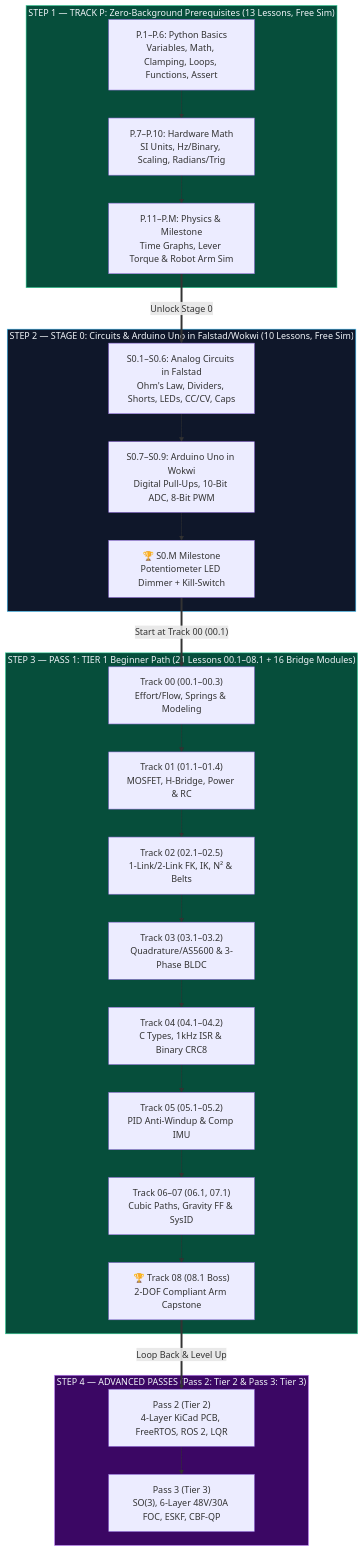
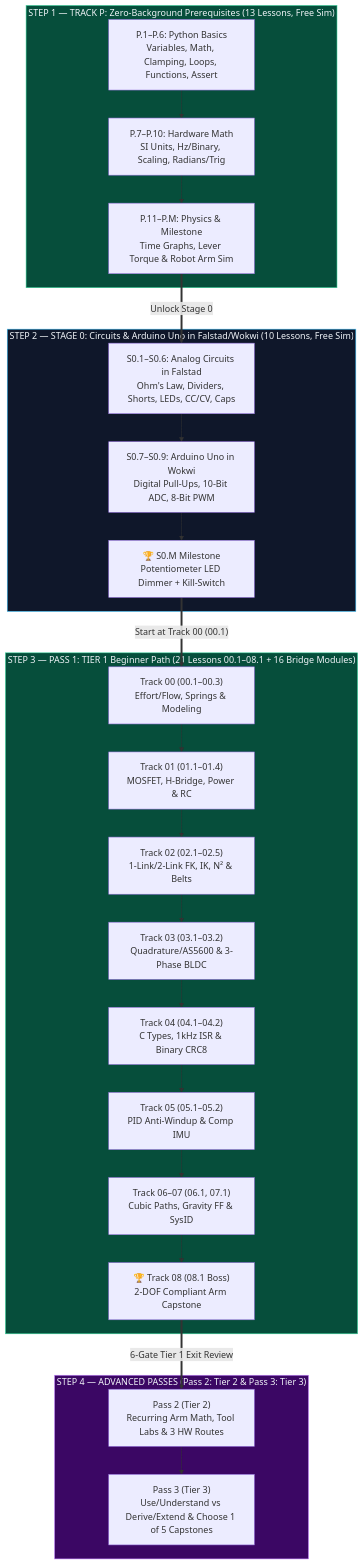
The diagram in README.md (TLE47/Mechatronics-Roadmap), drawn with Mermaid before and after one commit. The commit also changed other lines of this file and 9 other files, not shown here.

````diff
--- a/README.md
+++ b/README.md
@@ -65,27 +94,27 @@
 ```mermaid
 flowchart TB
     subgraph TP["STEP 1 — TRACK P: Zero-Background Prerequisites (13 Lessons, Free Sim)"]
         TP_1["P.1–P.6: Python Basics<br/>Variables, Math, Clamping, Loops, Functions, Assert"] --> TP_2["P.7–P.10: Hardware Math<br/>SI Units, Hz/Binary, Scaling, Radians/Trig"] --> TP_3["P.11–P.M: Physics & Milestone<br/>Time Graphs, Lever Torque & Robot Arm Sim"]
     end
 
     subgraph L0["STEP 2 — STAGE 0: Circuits & Arduino Uno in Falstad/Wokwi (10 Lessons, Free Sim)"]
         L0_1["S0.1–S0.6: Analog Circuits in Falstad<br/>Ohm's Law, Dividers, Shorts, LEDs, CC/CV, Caps"] --> L0_2["S0.7–S0.9: Arduino Uno in Wokwi<br/>Digital Pull-Ups, 10-Bit ADC, 8-Bit PWM"] --> L0_3["🏆 S0.M Milestone<br/>Potentiometer LED Dimmer + Kill-Switch"]
     end
 
     subgraph P1["STEP 3 — PASS 1: TIER 1 Beginner Path (21 Lessons 00.1–08.1 + 16 Bridge Modules)"]
         T1_0["Track 00 (00.1–00.3)<br/>Effort/Flow, Springs & Modeling"] --> T1_1["Track 01 (01.1–01.4)<br/>MOSFET, H-Bridge, Power & RC"] --> T1_2["Track 02 (02.1–02.5)<br/>1-Link/2-Link FK, IK, N² & Belts"] --> T1_3["Track 03 (03.1–03.2)<br/>Quadrature/AS5600 & 3-Phase BLDC"] --> T1_4["Track 04 (04.1–04.2)<br/>C Types, 1kHz ISR & Binary CRC8"] --> T1_5["Track 05 (05.1–05.2)<br/>PID Anti-Windup & Comp IMU"] --> T1_6["Track 06–07 (06.1, 07.1)<br/>Cubic Paths, Gravity FF & SysID"] --> T1_8["🏆 Track 08 (08.1 Boss)<br/>2-DOF Compliant Arm Capstone"]
     end
 
     subgraph P2["STEP 4 — ADVANCED PASSES (Pass 2: Tier 2 & Pass 3: Tier 3)"]
-        T2_0["Pass 2 (Tier 2)<br/>4-Layer KiCad PCB, FreeRTOS, ROS 2, LQR"] --> T3_0["Pass 3 (Tier 3)<br/>SO(3), 6-Layer 48V/30A FOC, ESKF, CBF-QP"]
+        T2_0["Pass 2 (Tier 2)<br/>Recurring Arm Math, Tool Labs & 3 HW Routes"] --> T3_0["Pass 3 (Tier 3)<br/>Use/Understand vs Derive/Extend & Choose 1 of 5 Capstones"]
     end
 
     TP_3 ==>|"Unlock Stage 0"| L0_1
     L0_3 ==>|"Start at Track 00 (00.1)"| T1_0
-    T1_8 ==>|"Loop Back & Level Up"| T2_0
+    T1_8 ==>|"6-Gate Tier 1 Exit Review"| T2_0
 
     style TP fill:#064e3b,stroke:#34d399,color:#f1f5f9
     style L0 fill:#0f172a,stroke:#38bdf8,color:#f1f5f9
     style P1 fill:#064e3b,stroke:#34d399,color:#f1f5f9
     style P2 fill:#3b0764,stroke:#c084fc,color:#f1f5f9
 ```
````
